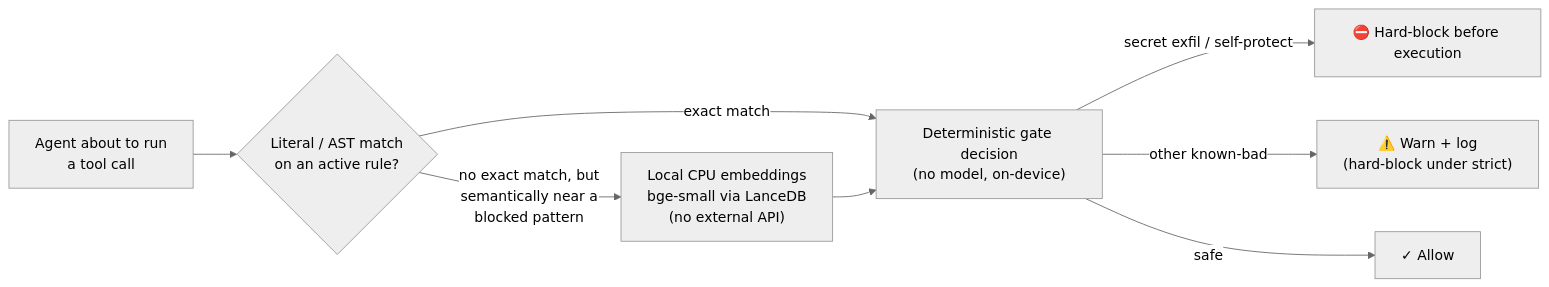
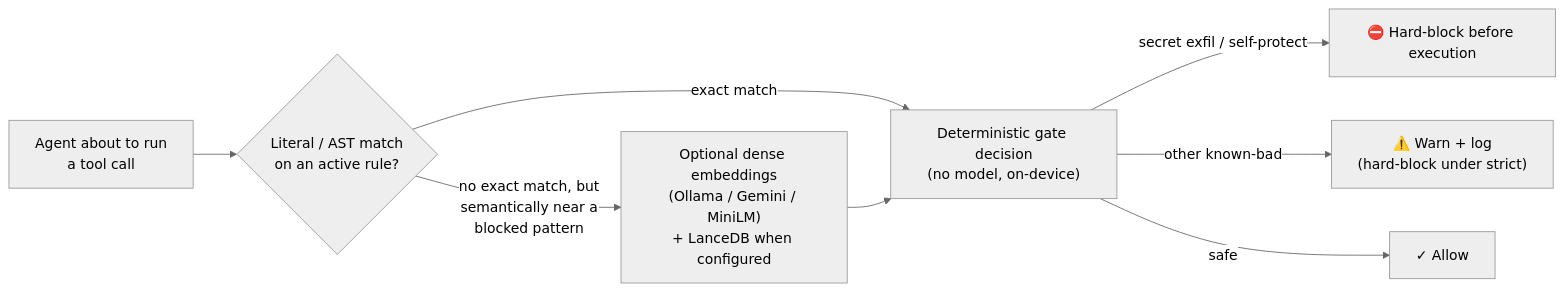
One commit to IgorGanapolsky/ThumbGate changed the diagram in README.md. Above: the diagram before and after it, drawn with Mermaid (neutral theme). The commit also changed other lines of this file and 32 other files, not shown here.

````diff
--- a/README.md
+++ b/README.md
@@ -283,10 +283,10 @@
 ```mermaid
 flowchart LR
     A["Agent about to run<br/>a tool call"] --> B{"Literal / AST match<br/>on an active rule?"}
     B -- "exact match" --> D["Deterministic gate decision<br/>(no model, on-device)"]
-    B -- "no exact match, but<br/>semantically near a<br/>blocked pattern" --> C["Local CPU embeddings<br/>bge-small via LanceDB<br/>(no external API)"]
+    B -- "no exact match, but<br/>semantically near a<br/>blocked pattern" --> C["Optional dense embeddings<br/>(Ollama / Gemini / MiniLM)<br/>+ LanceDB when configured"]
     C --> D
     D -- "secret exfil / self-protect" --> E["⛔ Hard-block before execution"]
     D -- "other known-bad" --> G["⚠️ Warn + log<br/>(hard-block under strict)"]
     D -- "safe" --> F["✓ Allow"]
 ```
````
